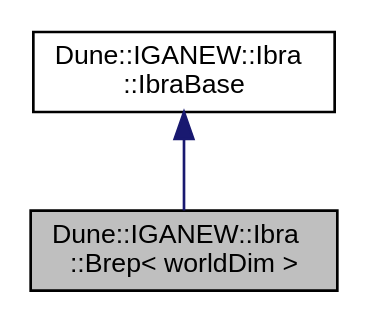
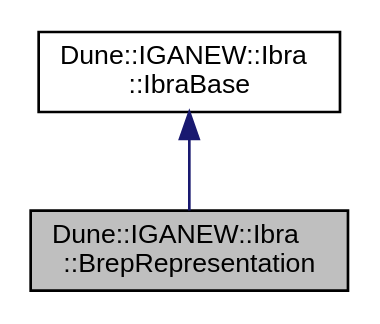
One commit to rath3t/dune-iga-doc changed the diagram in dc/d8c/a01297.dot. Above: the diagram before and after it, drawn with Graphviz. The commit also changed 968 other files, not shown here.

```diff
--- a/dc/d8c/a01297.dot
+++ b/dc/d8c/a01297.dot
@@ -1,9 +1,9 @@
-digraph "Dune::IGANEW::Ibra::Brep&lt; worldDim &gt;"
+digraph "Dune::IGANEW::Ibra::BrepRepresentation"
 {
  // LATEX_PDF_SIZE
   edge [fontname="Helvetica",fontsize="10",labelfontname="Helvetica",labelfontsize="10"];
   node [fontname="Helvetica",fontsize="10",shape=record];
-  Node1 [label="Dune::IGANEW::Ibra\l::Brep\< worldDim \>",height=0.2,width=0.4,color="black", fillcolor="grey75", style="filled", fontcolor="black",tooltip=" "];
+  Node1 [label="Dune::IGANEW::Ibra\l::BrepRepresentation",height=0.2,width=0.4,color="black", fillcolor="grey75", style="filled", fontcolor="black",tooltip=" "];
   Node2 -> Node1 [dir="back",color="midnightblue",fontsize="10",style="solid",fontname="Helvetica"];
-  Node2 [label="Dune::IGANEW::Ibra\l::IbraBase",height=0.2,width=0.4,color="black", fillcolor="white", style="filled",URL="$da/d00/a01270.html",tooltip=" "];
+  Node2 [label="Dune::IGANEW::Ibra\l::IbraBase",height=0.2,width=0.4,color="black", fillcolor="white", style="filled",URL="$de/d33/a01274.html",tooltip=" "];
 }
```
